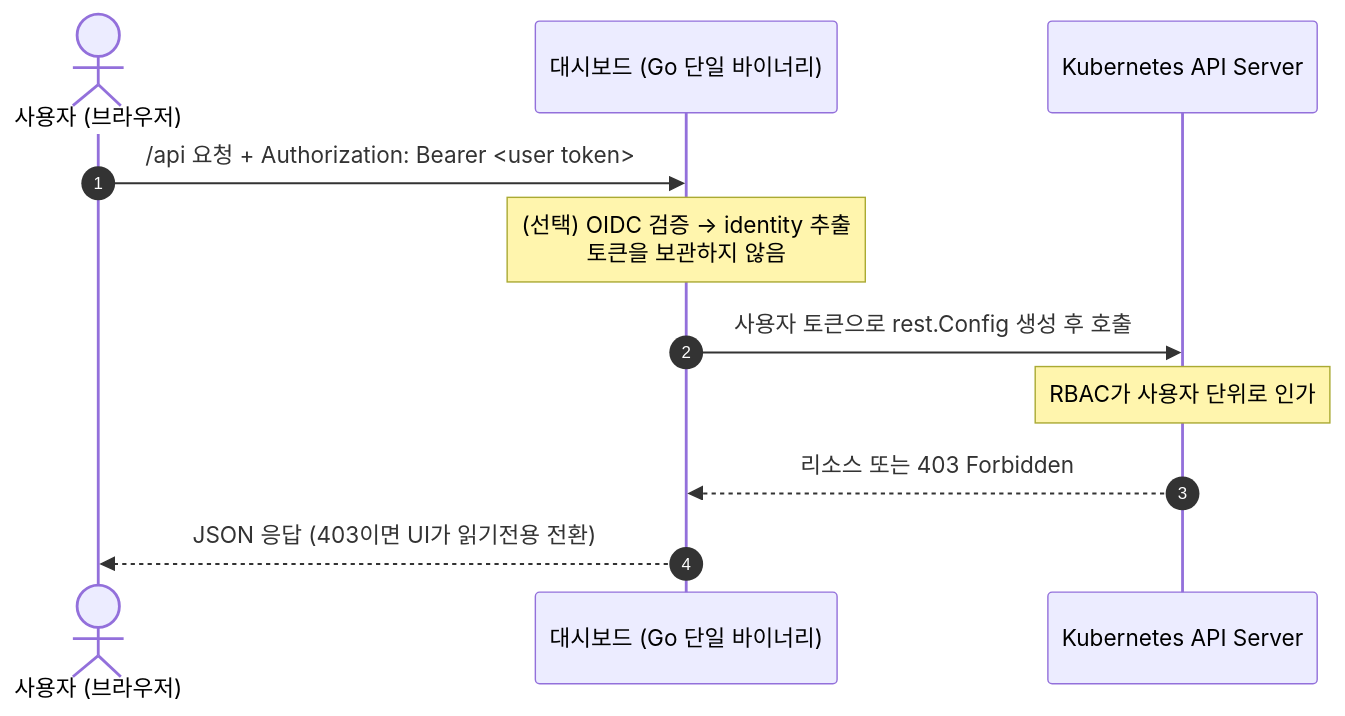
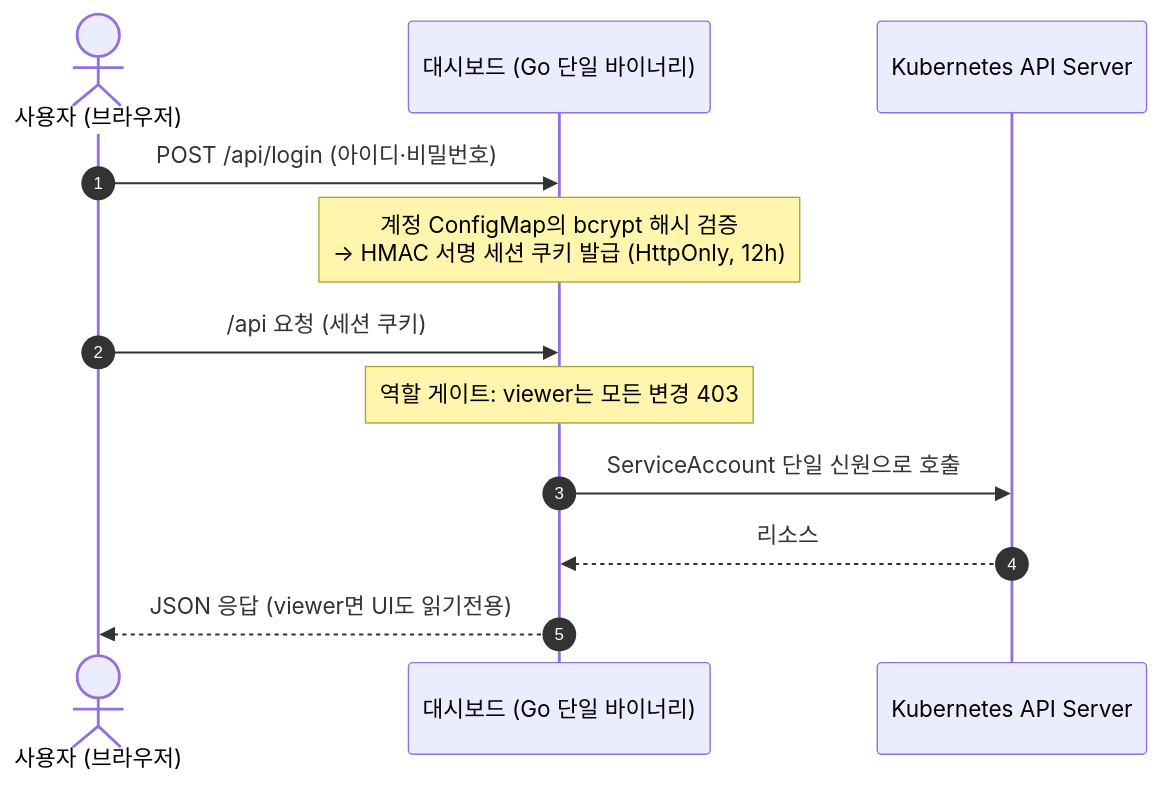
Before and after one commit to wonjune95/istio_dashboard: the diagram in README.md, drawn with Mermaid. The commit also changed other lines of this file and 8 other files, not shown here.

````diff
--- a/README.md
+++ b/README.md
@@ -34,14 +34,15 @@
 ```mermaid
 sequenceDiagram
     autonumber
     actor User as 사용자 (브라우저)
     participant Dash as 대시보드 (Go 단일 바이너리)
     participant K8s as Kubernetes API Server
 
-    User->>Dash: /api 요청 + Authorization: Bearer <user token>
-    Note over Dash: (선택) OIDC 검증 → identity 추출<br/>토큰을 보관하지 않음
-    Dash->>K8s: 사용자 토큰으로 rest.Config 생성 후 호출
-    Note over K8s: RBAC가 사용자 단위로 인가
-    K8s-->>Dash: 리소스 또는 403 Forbidden
-    Dash-->>User: JSON 응답 (403이면 UI가 읽기전용 전환)
+    User->>Dash: POST /api/login (아이디·비밀번호)
+    Note over Dash: 계정 ConfigMap의 bcrypt 해시 검증<br/>→ HMAC 서명 세션 쿠키 발급 (HttpOnly, 12h)
+    User->>Dash: /api 요청 (세션 쿠키)
+    Note over Dash: 역할 게이트: viewer는 모든 변경 403
+    Dash->>K8s: ServiceAccount 단일 신원으로 호출
+    K8s-->>Dash: 리소스
+    Dash-->>User: JSON 응답 (viewer면 UI도 읽기전용)
 ```
````
